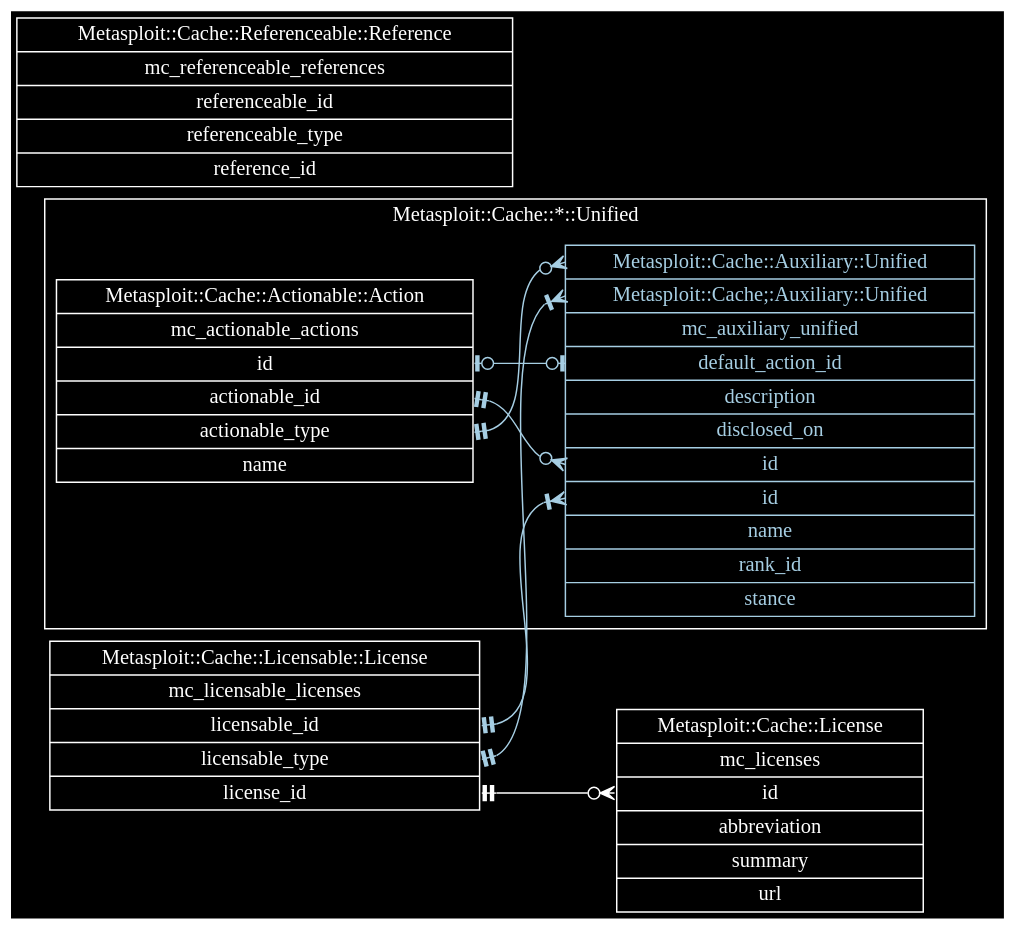
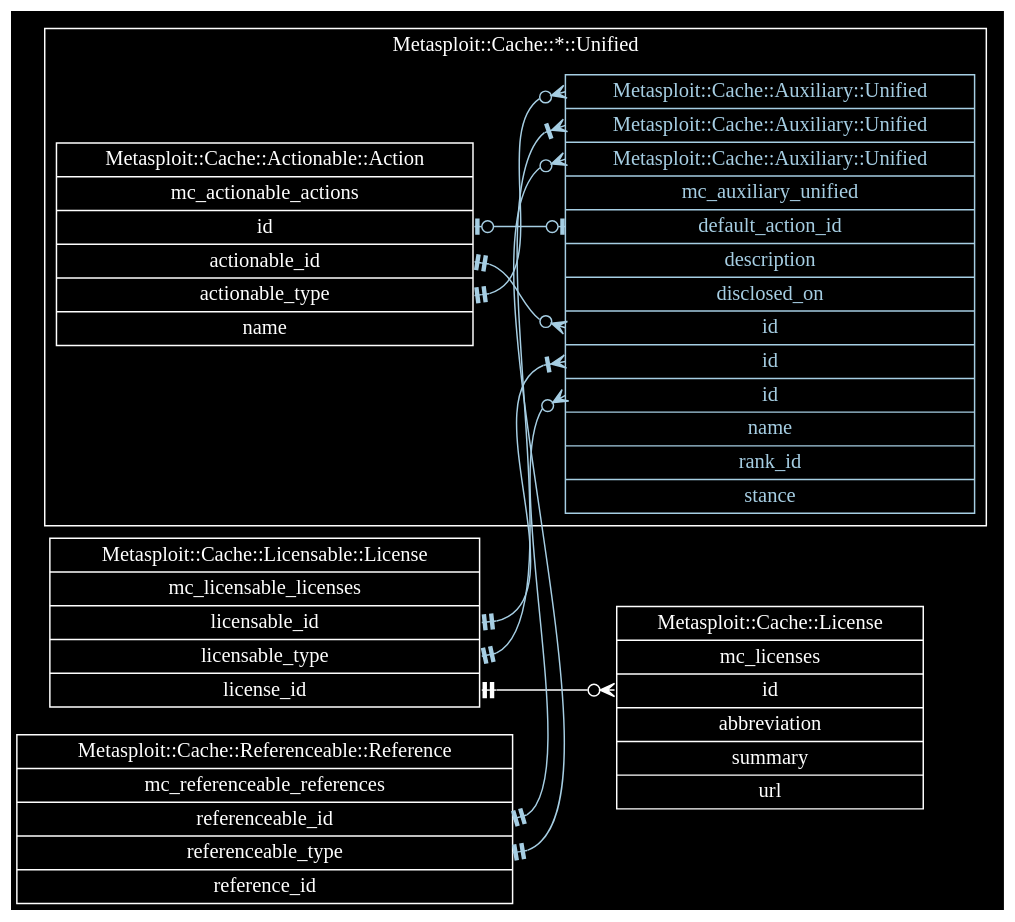
One commit to rapid7/metasploit-cache changed the diagram in docs/metasploit-cache-read-model.dot. Above: the diagram before and after it, drawn with Graphviz.

Commit message:
Referenceable::Reference -> Auxiliary::Unified
MSP-12192

```diff
--- a/docs/metasploit-cache-read-model.dot
+++ b/docs/metasploit-cache-read-model.dot
@@ -1,85 +1,99 @@
 digraph "Metasploit::Cache Read Model" {
   edge [
     color = "white"
     fontcolor = "white"
   ]
   graph [
     bgcolor = "black"
     rankdir = "LR"
   ]
   node [
     color = "white"
     fontcolor = "white"
     shape = "record"
   ]
 
   "Metasploit::Cache::Actionable::Action" [
     label = "Metasploit::Cache::Actionable::Action | mc_actionable_actions | <id>id | <actionable_id>actionable_id | <actionable_type>actionable_type | name"
   ]
 
   "Metasploit::Cache::Actionable::Action":actionable_id -> "Metasploit::Cache::Auxiliary::Unified":id_for_actionable_id [
     arrowhead = "crowodot"
     arrowtail = "teetee"
     color = "/paired9/1"
     dir = "both"
   ]
 
   "Metasploit::Cache::Actionable::Action":actionable_type -> "Metasploit::Cache::Auxiliary::Unified":type_for_actionable_type [
     arrowhead = "crowodot"
     arrowtail = "teetee"
     color = "/paired9/1"
     dir = "both"
   ]
 
 
   "Metasploit::Cache::License" [
     label = "Metasploit::Cache::License | mc_licenses | <id>id | abbreviation | summary | url"
   ]
 
   "Metasploit::Cache::Licensable::License" [
     label = "Metasploit::Cache::Licensable::License | mc_licensable_licenses | <licensable_id>licensable_id | <licensable_type>licensable_type | <license_id>license_id"
   ]
 
   "Metasploit::Cache::Licensable::License":licensable_id -> "Metasploit::Cache::Auxiliary::Unified":id_for_licensable_id [
     arrowhead = "crowtee"
     arrowtail = "teetee"
     color = "/paired9/1"
     dir = "both"
   ]
 
   "Metasploit::Cache::Licensable::License":licensable_type -> "Metasploit::Cache::Auxiliary::Unified":type_for_licensable_type [
     arrowhead = "crowtee"
     arrowtail = "teetee"
     color = "/paired9/1"
     dir = "both"
   ]
 
   "Metasploit::Cache::Licensable::License":license_id -> "Metasploit::Cache::License":id [
     arrowhead = "crowodot"
     arrowtail = "teetee"
     dir = "both"
   ]
 
   "Metasploit::Cache::Referenceable::Reference" [
     label = "Metasploit::Cache::Referenceable::Reference | mc_referenceable_references | <referenceable_id>referenceable_id | <referenceable_type>referenceable_type | reference_id"
   ]
 
+  "Metasploit::Cache::Referenceable::Reference":referenceable_id -> "Metasploit::Cache::Auxiliary::Unified":id_for_referenceable_id [
+    arrowhead = "crowodot"
+    arrowtail = "teetee"
+    color = "/paired9/1"
+    dir = "both"
+  ]
+
+  "Metasploit::Cache::Referenceable::Reference":referenceable_type -> "Metasploit::Cache::Auxiliary::Unified":type_for_referenceable_type [
+    arrowhead = "crowodot"
+    arrowtail = "teetee"
+    color = "/paired9/1"
+    dir = "both"
+  ]
+
   subgraph cluster_metasploit_cache_unified {
     color = "white"
     fontcolor = "white"
     label = "Metasploit::Cache::*::Unified"
 
     "Metasploit::Cache::Auxiliary::Unified" [
       color = "/paired9/1"
       fontcolor = "/paired9/1"
-      label = "<type_for_actionable_type>Metasploit::Cache::Auxiliary::Unified | <type_for_licensable_type>Metasploit::Cache;:Auxiliary::Unified | mc_auxiliary_unified | <default_action_id>default_action_id | description | disclosed_on | <id_for_actionable_id>id | <id_for_licensable_id>id | name | rank_id | stance"
+      label = "<type_for_actionable_type>Metasploit::Cache::Auxiliary::Unified | <type_for_licensable_type>Metasploit::Cache::Auxiliary::Unified | <type_for_referenceable_type>Metasploit::Cache::Auxiliary::Unified | mc_auxiliary_unified | <default_action_id>default_action_id | description | disclosed_on | <id_for_actionable_id>id | <id_for_licensable_id>id | <id_for_referenceable_id>id | name | rank_id | stance"
     ]
 
     "Metasploit::Cache::Auxiliary::Unified":default_action_id -> "Metasploit::Cache::Actionable::Action":id [
       arrowhead = "teeodot"
       arrowtail = "teeodot"
       color = "/paired9/1"
       dir = "both"
     ]
   }
 }
```
